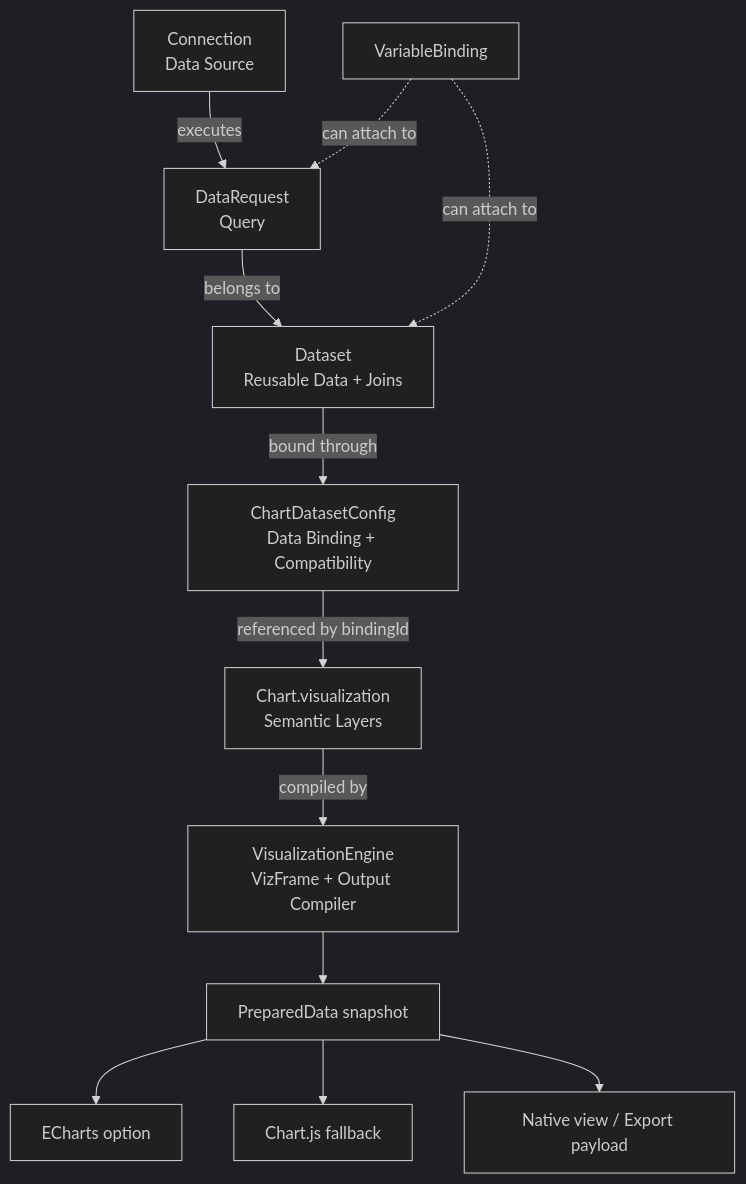
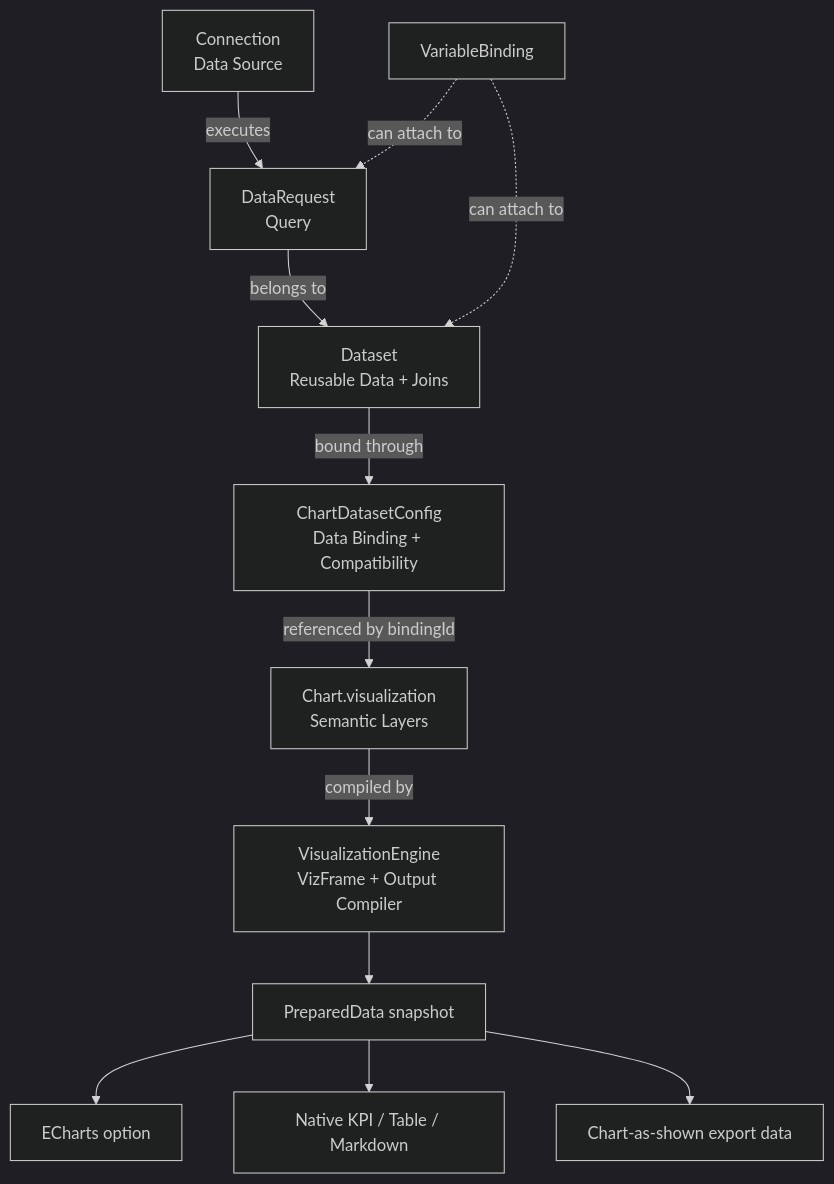
One commit to chartbrew/chartbrew changed the diagram in server/docs/agents/data-visualization-pipeline.md. Above: the diagram before and after it, drawn with Mermaid (dark theme). The commit also changed other lines of this file and 82 other files, not shown here.

Commit message:
refactor: remove chartData runtime dependency

````diff
--- a/server/docs/agents/data-visualization-pipeline.md
+++ b/server/docs/agents/data-visualization-pipeline.md
@@ -9,15 +9,15 @@
 ```mermaid
 flowchart TD
     Connection[Connection<br/>Data Source] -->|executes| DataRequest[DataRequest<br/>Query]
     DataRequest -->|belongs to| Dataset[Dataset<br/>Reusable Data + Joins]
     Dataset -->|bound through| ChartDatasetConfig[ChartDatasetConfig<br/>Data Binding + Compatibility]
     ChartDatasetConfig -->|referenced by bindingId| Visualization[Chart.visualization<br/>Semantic Layers]
     Visualization -->|compiled by| Engine[VisualizationEngine<br/>VizFrame + Output Compiler]
     Engine --> Prepared[PreparedData snapshot]
     Prepared --> ECharts[ECharts option]
-    Prepared --> Fallback[Chart.js fallback]
-    Prepared --> Native[Native view / Export payload]
+    Prepared --> Native[Native KPI / Table / Markdown]
+    Prepared --> Export[Chart-as-shown export data]
     
     VariableBinding[VariableBinding] -.->|can attach to| DataRequest
     VariableBinding -.->|can attach to| Dataset
 ```
````
